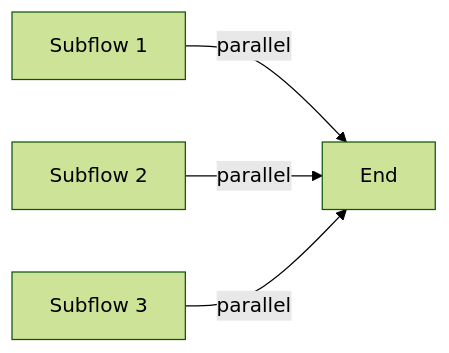
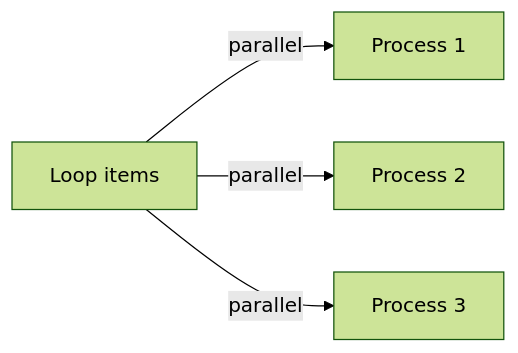
One commit to robotdad/recipe-tool changed the third of 5 diagrams in ai_context/generated/RECIPE_JSON_AUTHORING_GUIDE.md. Above: the diagram before and after it, drawn with Mermaid (forest theme). The commit also changed other lines of this file and 19 other files, not shown here.

````diff
--- a/ai_context/generated/RECIPE_JSON_AUTHORING_GUIDE.md
+++ b/ai_context/generated/RECIPE_JSON_AUTHORING_GUIDE.md
@@ -1432,5 +2145,6 @@
 ```mermaid
-flowchart LR
-  direction LR
-  P1[Subflow 1] & P2[Subflow 2] & P3[Subflow 3] -->|parallel| End
+graph LR
+    L[Loop items] -->|parallel|S1[Process 1]
+    L -->|parallel|S2[Process 2]
+    L -->|parallel|S3[Process 3]
 ```
````
